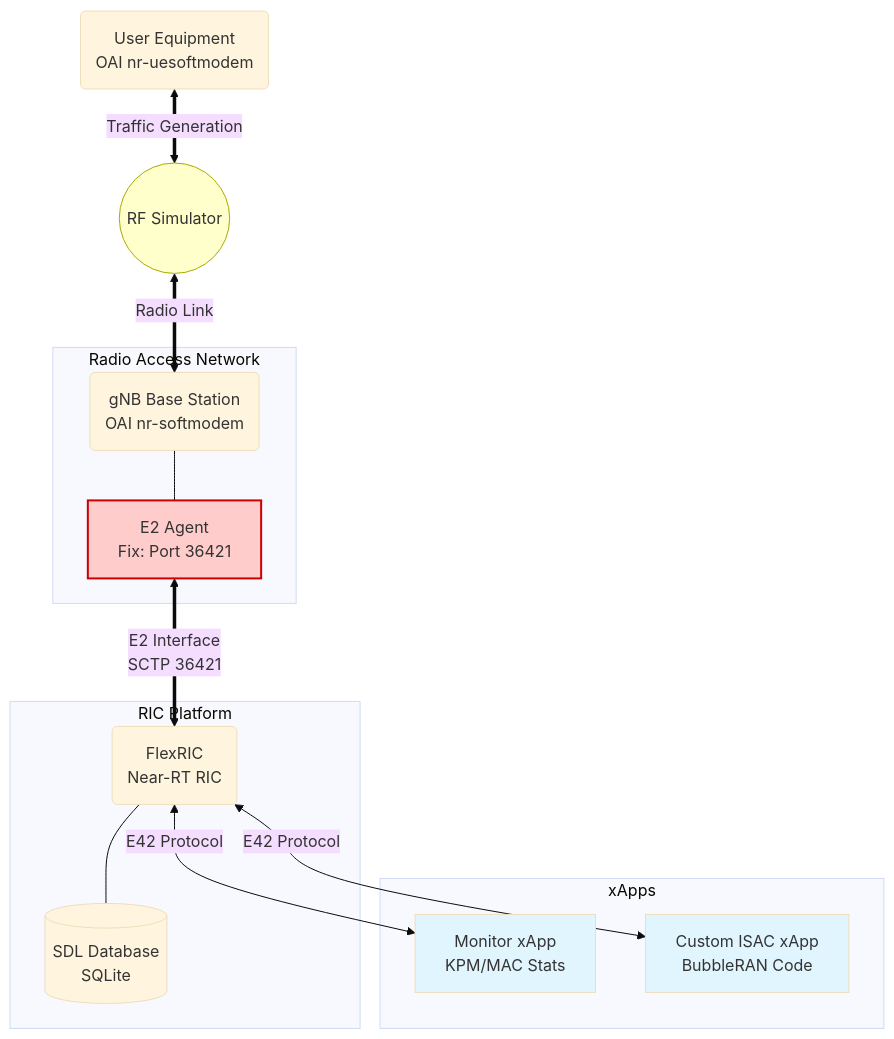
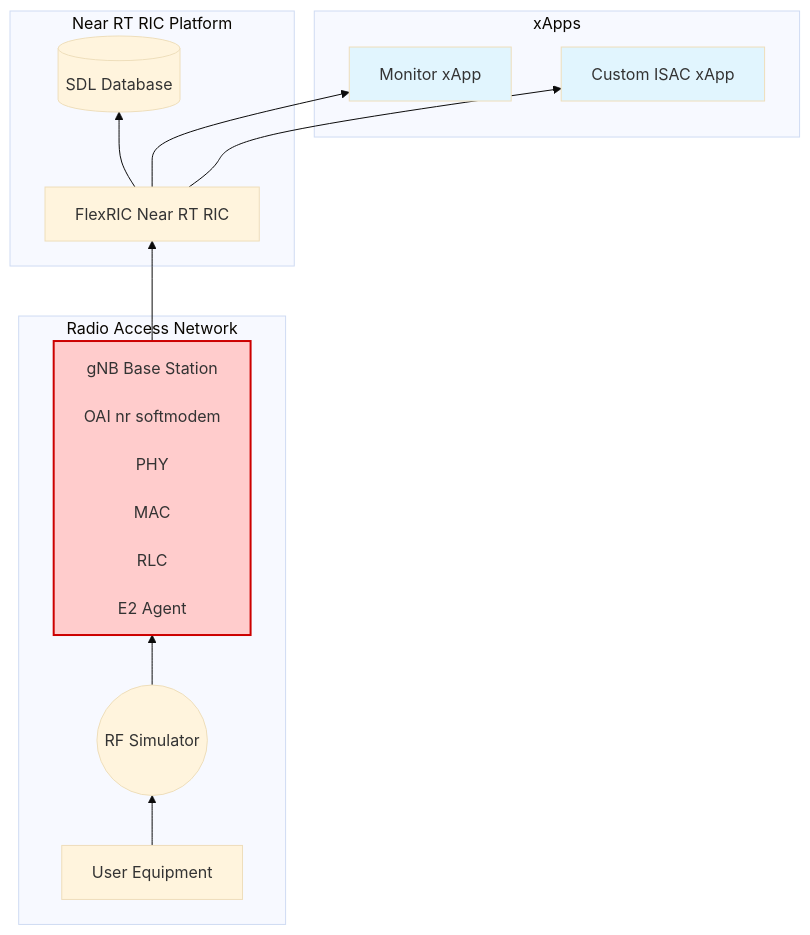
The first of 2 diagrams in JCAS/isac_xapp.md (Karlyoo/intern), drawn with Mermaid (base theme) before and after one commit.

````diff
--- a/JCAS/isac_xapp.md
+++ b/JCAS/isac_xapp.md
@@ -17,39 +17,57 @@
 ```mermaid
+graph BT
 
-    graph TD
-    %% --- Nodes Definition ---
-    UE(User Equipment<br/>OAI nr-uesoftmodem)
+%% =========================
+%% Bottom: RAN Layer
+%% =========================
+subgraph RAN_Layer [Radio Access Network]
+    UE[User Equipment]
     RF((RF Simulator))
-    
-    subgraph RAN_Layer [Radio Access Network]
-        gNB(gNB Base Station<br/>OAI nr-softmodem)
-        Agent[E2 Agent<br/>Fix: Port 36421]
-    end
 
-    subgraph RIC_Layer [RIC Platform]
-        RIC(FlexRIC<br/>Near-RT RIC)
-        DB[(SDL Database<br/>SQLite)]
-    end
+    gNB[gNB Base Station
+        <br/>OAI nr softmodem
+        <br/>PHY
+        <br/>MAC
+        <br/>RLC
+        <br/>E2 Agent]
+end
 
-    subgraph App_Layer [xApps]
-        Monitor[Monitor xApp<br/>KPM/MAC Stats]
-        ISAC[Custom ISAC xApp<br/>BubbleRAN Code]
-    end
+%% =========================
+%% Middle: RIC Layer
+%% =========================
+subgraph RIC_Layer [Near RT RIC Platform]
+    RIC[FlexRIC Near RT RIC]
+    DB[(SDL Database)]
+end
 
-    %% --- Connections ---
-    UE <==>|Traffic Generation| RF
-    RF <==>|Radio Link| gNB
-    
-    gNB --- Agent
-    Agent <==>|E2 Interface<br/>SCTP 36421| RIC
-    
-    RIC <-->|E42 Protocol| Monitor
-    RIC <-->|E42 Protocol| ISAC
-    RIC --- DB
+%% =========================
+%% Top: xApp Layer
+%% =========================
+subgraph App_Layer [xApps]
+    Monitor[Monitor xApp]
+    ISAC[Custom ISAC xApp]
+end
 
-    %% --- Styling ---
-    style Agent fill:#ffcccc,stroke:#cc0000,stroke-width:2px
-    style RF fill:#ffffcc,stroke:#aaaa00
-    style Monitor fill:#e1f5fe
-    style ISAC fill:#e1f5fe
+%% =========================
+%% Connections
+%% =========================
+UE --> RF
+RF --> gNB
+
+gNB --> RIC
+
+RIC --> Monitor
+RIC --> ISAC
+
+RIC --> DB
+
+%% =========================
+%% Styling
+%% =========================
+style gNB fill:#ffcccc,stroke:#cc0000,stroke-width:2px
+style Monitor fill:#e1f5fe
+style ISAC fill:#e1f5fe
+
+
+
 ```
````
